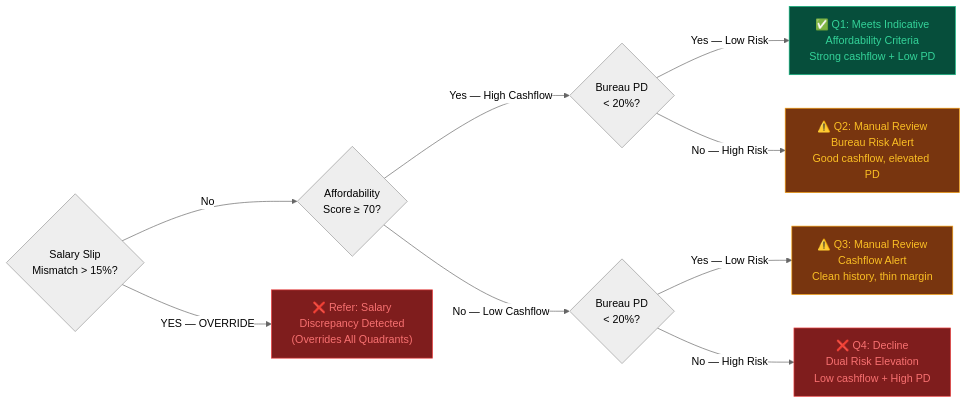
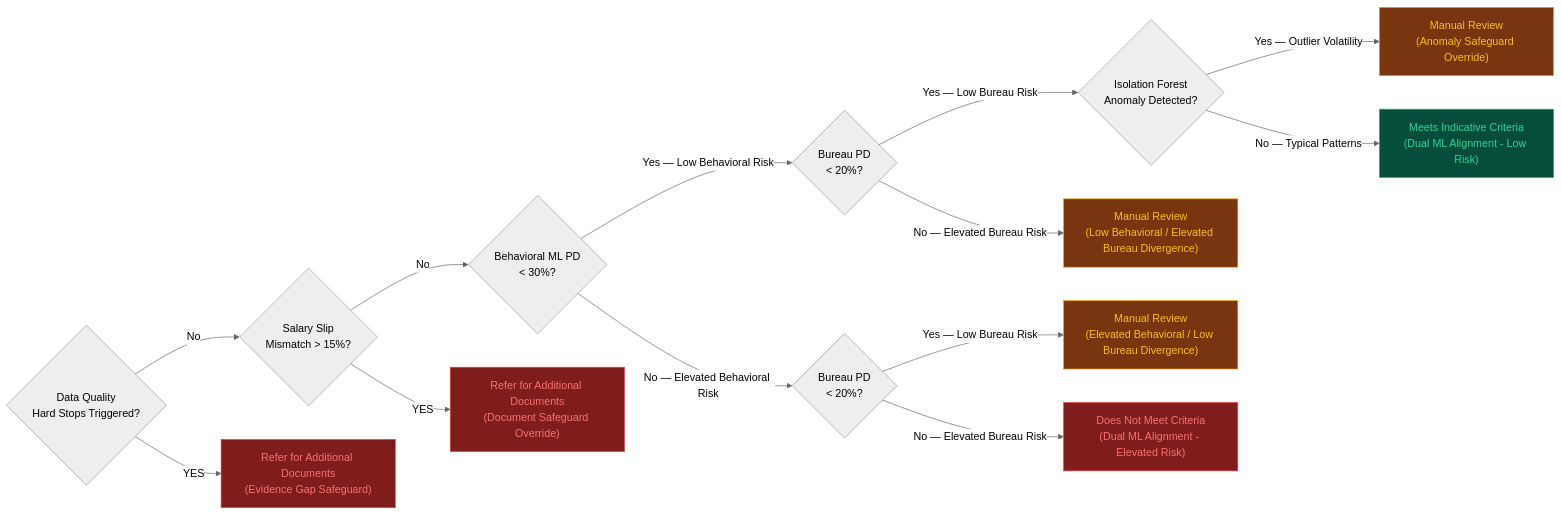
Before and after one commit to rohith5709/behavioral-credit-decision-support-system: the second of 2 diagrams in docs/system_architecture.md, drawn with Mermaid (neutral theme). The commit also changed other lines of this file and 3 other files, not shown here.

````diff
--- a/docs/system_architecture.md
+++ b/docs/system_architecture.md
@@ -97,24 +108,34 @@
 ```mermaid
 flowchart LR
-    S1{"Affordability\nScore ≥ 70?"}
+    GATES{"Data Quality\nHard Stops Triggered?"}
+    SF{"Salary Slip\nMismatch > 15%?"}
+    ANOM{"Isolation Forest\nAnomaly Detected?"}
+    S1{"Behavioral ML PD\n< 30%?"}
     S2{"Bureau PD\n< 20%?"}
-    SF{"Salary Slip\nMismatch > 15%?"}
 
-    SF -->|"YES — OVERRIDE"| OVERRIDE["❌ Refer: Salary\nDiscrepancy Detected\n(Overrides All Quadrants)"]
+    GATES -->|"YES"| REF["Refer for Additional Documents\n(Evidence Gap Safeguard)"]
+    GATES -->|No| SF
+
+    SF -->|"YES"| REF_SAL["Refer for Additional Documents\n(Document Safeguard Override)"]
     SF -->|No| S1
 
-    S1 -->|Yes — High Cashflow| S2
-    S1 -->|No — Low Cashflow| S3{"Bureau PD\n< 20%?"}
+    S1 -->|Yes — Low Behavioral Risk| S2
+    S1 -->|No — Elevated Behavioral Risk| S3{"Bureau PD\n< 20%?"}
 
-    S2 -->|Yes — Low Risk| Q1["✅ Q1: Meets Indicative\nAffordability Criteria\nStrong cashflow + Low PD"]
-    S2 -->|No — High Risk| Q2["⚠️ Q2: Manual Review\nBureau Risk Alert\nGood cashflow, elevated PD"]
+    S2 -->|Yes — Low Bureau Risk| ANOM
+    S2 -->|No — Elevated Bureau Risk| Q2["Manual Review\n(Low Behavioral / Elevated Bureau Divergence)"]
 
-    S3 -->|Yes — Low Risk| Q3["⚠️ Q3: Manual Review\nCashflow Alert\nClean history, thin margin"]
-    S3 -->|No — High Risk| Q4["❌ Q4: Decline\nDual Risk Elevation\nLow cashflow + High PD"]
+    ANOM -->|Yes — Outlier Volatility| Q_ANOM["Manual Review\n(Anomaly Safeguard Override)"]
+    ANOM -->|No — Typical Patterns| Q1["Meets Indicative Criteria\n(Dual ML Alignment - Low Risk)"]
+
+    S3 -->|Yes — Low Bureau Risk| Q3["Manual Review\n(Elevated Behavioral / Low Bureau Divergence)"]
+    S3 -->|No — Elevated Bureau Risk| Q4["Does Not Meet Criteria\n(Dual ML Alignment - Elevated Risk)"]
 
     style Q1 fill:#064E3B,color:#34D399,stroke:#10B981
     style Q2 fill:#78350F,color:#FBBF24,stroke:#F59E0B
     style Q3 fill:#78350F,color:#FBBF24,stroke:#F59E0B
     style Q4 fill:#7F1D1D,color:#F87171,stroke:#EF4444
-    style OVERRIDE fill:#7F1D1D,color:#F87171,stroke:#EF4444
+    style Q_ANOM fill:#78350F,color:#FBBF24,stroke:#F59E0B
+    style REF fill:#7F1D1D,color:#F87171,stroke:#EF4444
+    style REF_SAL fill:#7F1D1D,color:#F87171,stroke:#EF4444
 ```
````
